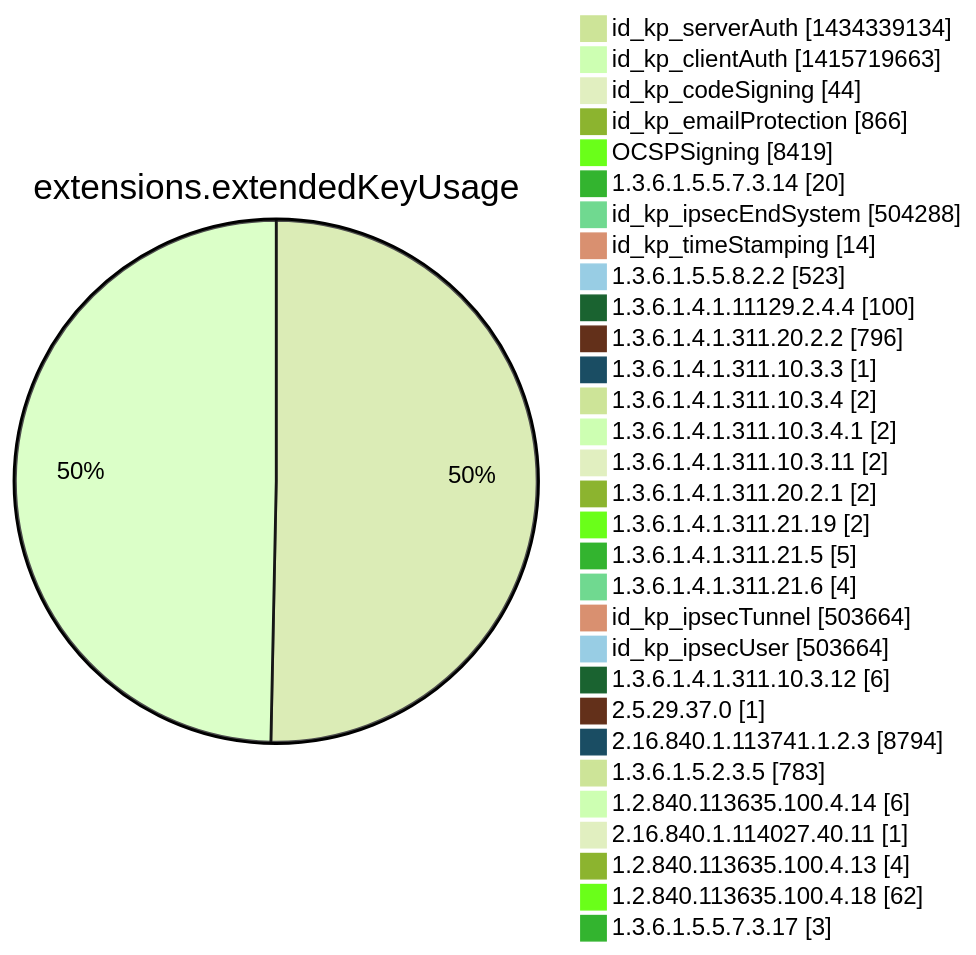
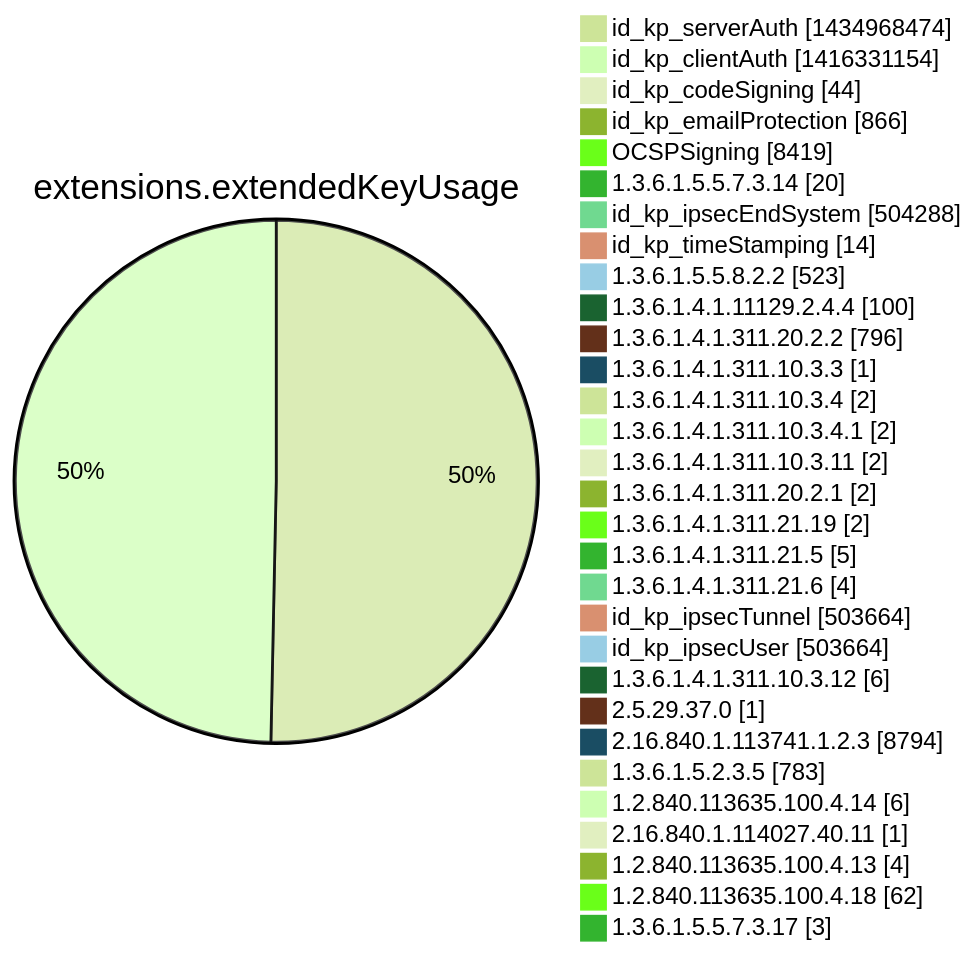
Before and after one commit to christiankrug/ctmonitor_visualization: diagram 12 of 15 in argon2022/README.md, drawn with Mermaid (forest theme). The commit also changed other lines of this file, not shown here.

````diff
--- a/argon2022/README.md
+++ b/argon2022/README.md
@@ -3555,34 +3555,34 @@
 ```mermaid
 pie showData
 title extensions.extendedKeyUsage
-"id_kp_serverAuth" :1434339134
-"id_kp_clientAuth" :1415719663
+"id_kp_serverAuth" :1434968474
+"id_kp_clientAuth" :1416331154
 "id_kp_codeSigning" :44
 "id_kp_emailProtection" :866
 "OCSPSigning" :8419
 "1.3.6.1.5.5.7.3.14" :20
 "id_kp_ipsecEndSystem" :504288
 "id_kp_timeStamping" :14
 "1.3.6.1.5.5.8.2.2" :523
 "1.3.6.1.4.1.11129.2.4.4" :100
 "1.3.6.1.4.1.311.20.2.2" :796
 "1.3.6.1.4.1.311.10.3.3" :1
 "1.3.6.1.4.1.311.10.3.4" :2
 "1.3.6.1.4.1.311.10.3.4.1" :2
 "1.3.6.1.4.1.311.10.3.11" :2
 "1.3.6.1.4.1.311.20.2.1" :2
 "1.3.6.1.4.1.311.21.19" :2
 "1.3.6.1.4.1.311.21.5" :5
 "1.3.6.1.4.1.311.21.6" :4
 "id_kp_ipsecTunnel" :503664
 "id_kp_ipsecUser" :503664
 "1.3.6.1.4.1.311.10.3.12" :6
 "2.5.29.37.0" :1
 "2.16.840.1.113741.1.2.3" :8794
 "1.3.6.1.5.2.3.5" :783
 "1.2.840.113635.100.4.14" :6
 "2.16.840.1.114027.40.11" :1
 "1.2.840.113635.100.4.13" :4
 "1.2.840.113635.100.4.18" :62
 "1.3.6.1.5.5.7.3.17" :3
 ```
````
